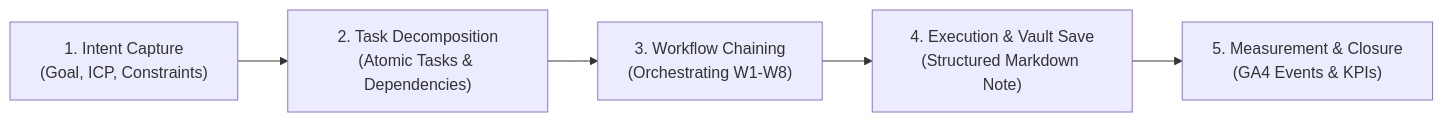
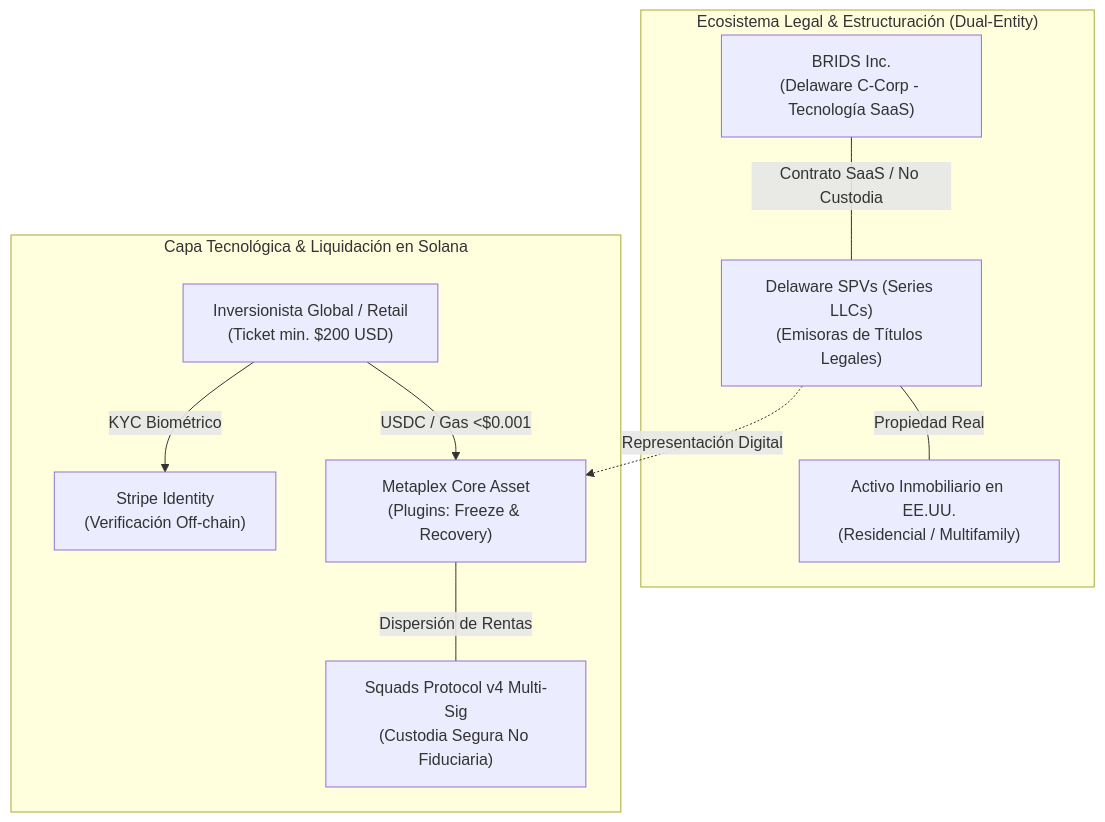
Before and after one commit to jeisonsosablockdev/BRIDS-KNOWLEDGE-FORT: the first of 2 diagrams in README.md, drawn with Mermaid. The commit also changed other lines of this file, not shown here.

First line of the commit message:
docs(readme): transform into BRIDS Knowledge Fort and due diligence data room

````diff
--- a/README.md
+++ b/README.md
@@ -153,7 +67,15 @@
 ```mermaid
-flowchart LR
-    A["1. Intent Capture<br/>(Goal, ICP, Constraints)"] --> B["2. Task Decomposition<br/>(Atomic Tasks & Dependencies)"]
-    B --> C["3. Workflow Chaining<br/>(Orchestrating W1-W8)"]
-    C --> D["4. Execution & Vault Save<br/>(Structured Markdown Note)"]
-    D --> E["5. Measurement & Closure<br/>(GA4 Events & KPIs)"]
+flowchart TD
+    subgraph Legal_Ecosystem["Ecosistema Legal & Estructuración (Dual-Entity)"]
+        A["BRIDS Inc.<br/>(Delaware C-Corp - Tecnología SaaS)"] ---|Contrato SaaS / No Custodia| B["Delaware SPVs (Series LLCs)<br/>(Emisoras de Títulos Legales)"]
+        B ---|Propiedad Real| C["Activo Inmobiliario en EE.UU.<br/>(Residencial / Multifamily)"]
+    end
+
+    subgraph Tech_Ecosystem["Capa Tecnológica & Liquidación en Solana"]
+        D["Inversionista Global / Retail<br/>(Ticket min. $200 USD)"] -->|KYC Biométrico| E["Stripe Identity<br/>(Verificación Off-chain)"]
+        D -->|USDC / Gas <$0.001| F["Metaplex Core Asset<br/>(Plugins: Freeze & Recovery)"]
+        F ---|Dispersión de Rentas| G["Squads Protocol v4 Multi-Sig<br/>(Custodia Segura No Fiduciaria)"]
+    end
+
+    B -.->|Representación Digital| F
 ```
````
